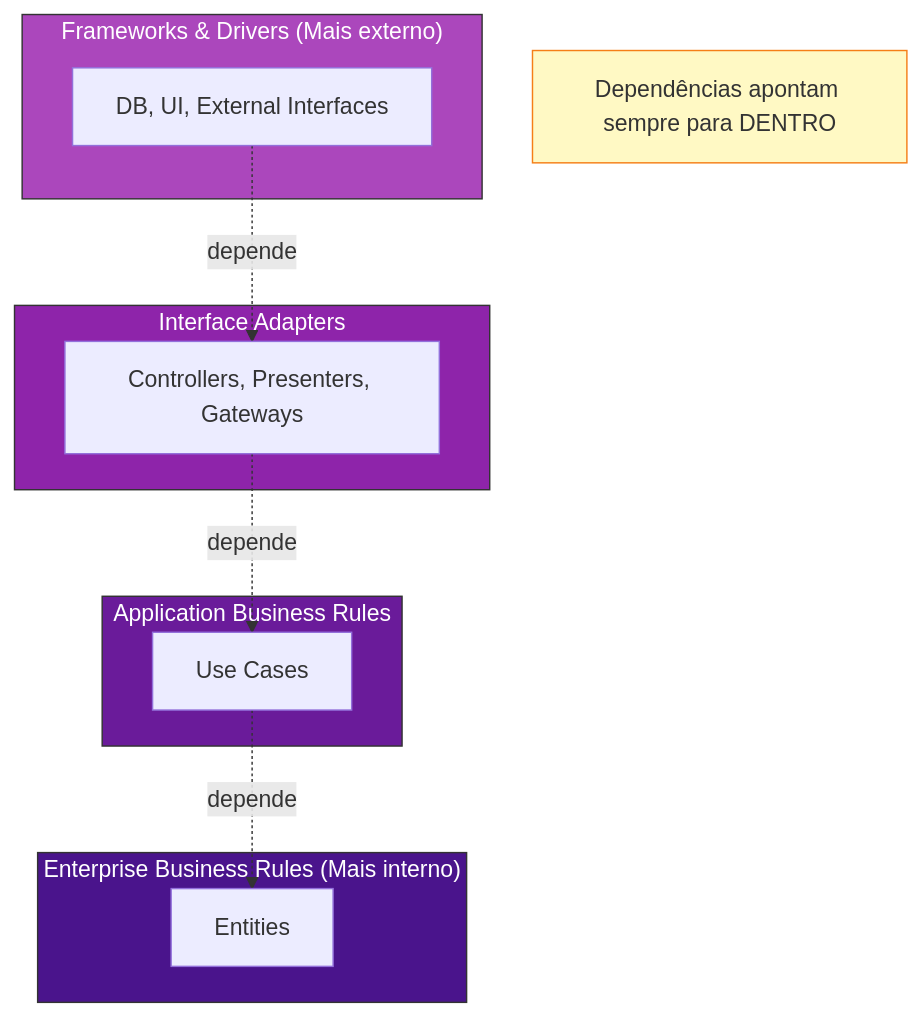
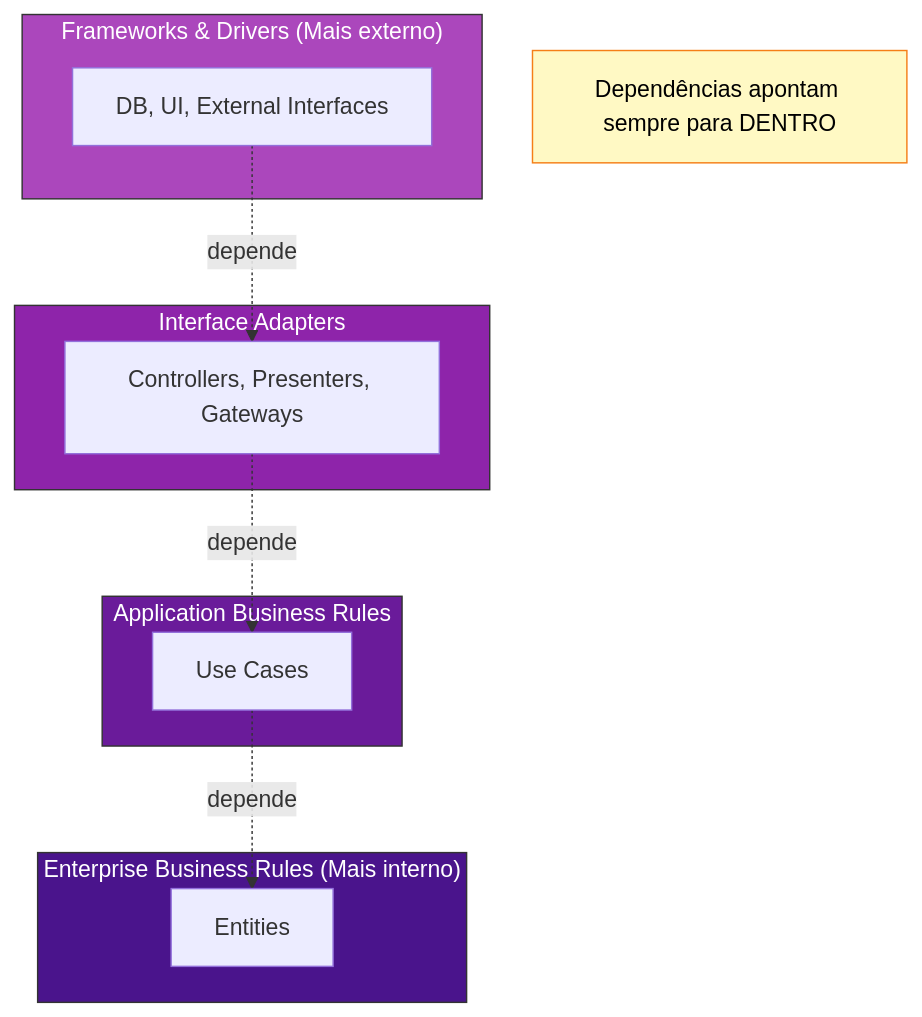
One commit to valdirsb/artemis changed the second of 5 diagrams in meuApp/docs/framework/04-architecture.md. Above: the diagram before and after it, drawn with Mermaid. The commit also changed other lines of this file, not shown here.

Commit message:
feat: Enhance architecture documentation with improved Mermaid diagram configurations and styling

````diff
--- a/meuApp/docs/framework/04-architecture.md
+++ b/meuApp/docs/framework/04-architecture.md
@@ -84,31 +88,31 @@
 ```mermaid
 graph TD
     subgraph L1["Frameworks & Drivers (Mais externo)"]
         FW["DB, UI, External Interfaces"]
     end
     
     subgraph L2["Interface Adapters"]
         IA["Controllers, Presenters, Gateways"]
     end
     
     subgraph L3["Application Business Rules"]
         UC["Use Cases"]
     end
     
     subgraph L4["Enterprise Business Rules (Mais interno)"]
         ENT["Entities"]
     end
     
     FW -.->|depende| IA
     IA -.->|depende| UC
     UC -.->|depende| ENT
     
     style L4 fill:#4a148c,stroke:#333,color:#fff
     style L3 fill:#6a1b9a,stroke:#333,color:#fff
     style L2 fill:#8e24aa,stroke:#333,color:#fff
     style L1 fill:#ab47bc,stroke:#333,color:#fff
     
     note1["Dependências apontam sempre para DENTRO"]
     
-    style note1 fill:#fff9c4,stroke:#f57f17
+    style note1 fill:#fff9c4,stroke:#f57f17,color:#000
 ```
````
